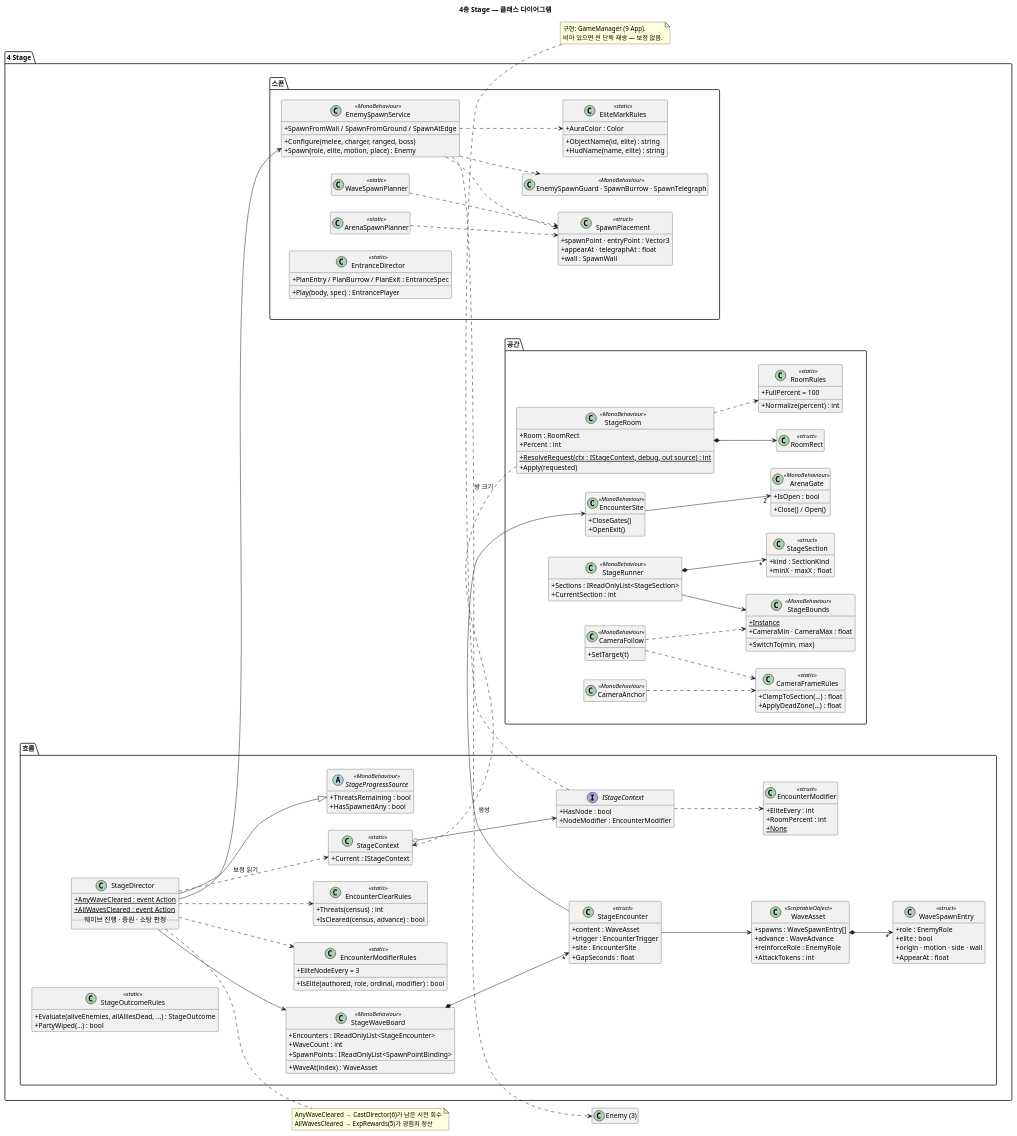
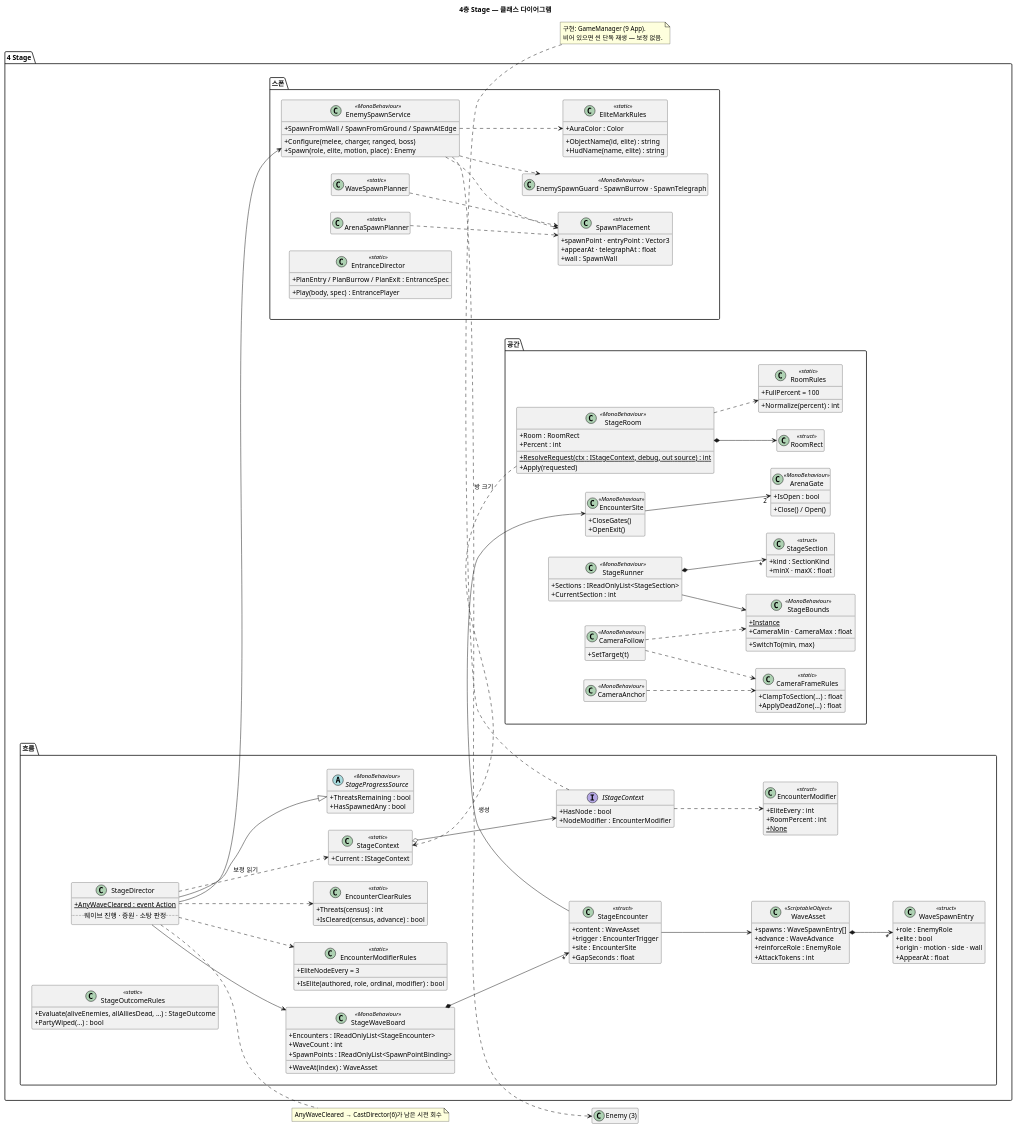
One commit to jukanmi/Prototype changed the diagram in docs/uml/06-Stage.puml. Above: the diagram before and after it, drawn with PlantUML. The commit also changed 114 other files, not shown here.

```diff
--- a/docs/uml/06-Stage.puml
+++ b/docs/uml/06-Stage.puml
@@ -1,182 +1,180 @@
 @startuml 06-Stage
 ' 4층 Stage — 방 · 구간 · 웨이브 · 스폰 · 클리어 판정 · 카메라 경계.
 ' 위층(Run · Tactic · App)은 IStageContext로 조건을 넘겨주고, 이벤트 두 개로 결과를 받는다.
 title 4층 Stage — 클래스 다이어그램
 
 set separator none
 left to right direction
 skinparam shadowing false
 skinparam classAttributeIconSize 0
 hide empty members
 
 package "4 Stage" {
   package "흐름" as PFlow {
     abstract class StageProgressSource <<MonoBehaviour>> {
       + ThreatsRemaining : bool
       + HasSpawnedAny : bool
     }
     class StageDirector {
       + {static} AnyWaveCleared : event Action
-      + {static} AllWavesCleared : event Action
       .. 웨이브 진행 · 증원 · 소탕 판정 ..
     }
     class StageWaveBoard <<MonoBehaviour>> {
       + Encounters : IReadOnlyList<StageEncounter>
       + WaveCount : int
       + WaveAt(index) : WaveAsset
       + SpawnPoints : IReadOnlyList<SpawnPointBinding>
     }
     class StageEncounter <<struct>> {
       + content : WaveAsset
       + trigger : EncounterTrigger
       + site : EncounterSite
       + GapSeconds : float
     }
     class WaveAsset <<ScriptableObject>> {
       + spawns : WaveSpawnEntry[]
       + advance : WaveAdvance
       + reinforceRole : EnemyRole
       + AttackTokens : int
     }
     class WaveSpawnEntry <<struct>> {
       + role : EnemyRole
       + elite : bool
       + origin · motion · side · wall
       + AppearAt : float
     }
     class EncounterModifier <<struct>> {
       + EliteEvery : int
       + RoomPercent : int
       + {static} None
     }
     class EncounterModifierRules <<static>> {
       + EliteNodeEvery = 3
       + IsElite(authored, role, ordinal, modifier) : bool
     }
     class EncounterClearRules <<static>> {
       + Threats(census) : int
       + IsCleared(census, advance) : bool
     }
     class StageOutcomeRules <<static>> {
       + Evaluate(aliveEnemies, allAlliesDead, …) : StageOutcome
       + PartyWiped(…) : bool
     }
     interface IStageContext {
       + HasNode : bool
       + NodeModifier : EncounterModifier
     }
     class StageContext <<static>> {
       + Current : IStageContext
     }
   }
 
   package "스폰" as PSpawn {
     class EnemySpawnService <<MonoBehaviour>> {
       + Configure(melee, charger, ranged, boss)
       + Spawn(role, elite, motion, place) : Enemy
       + SpawnFromWall / SpawnFromGround / SpawnAtEdge
     }
     class WaveSpawnPlanner <<static>>
     class ArenaSpawnPlanner <<static>>
     class SpawnPlacement <<struct>> {
       + spawnPoint · entryPoint : Vector3
       + appearAt · telegraphAt : float
       + wall : SpawnWall
     }
     class "EnemySpawnGuard · SpawnBurrow · SpawnTelegraph" as SpawnFx <<MonoBehaviour>>
     class EntranceDirector <<static>> {
       + PlanEntry / PlanBurrow / PlanExit : EntranceSpec
       + Play(body, spec) : EntrancePlayer
     }
     class EliteMarkRules <<static>> {
       + ObjectName(id, elite) : string
       + HudName(name, elite) : string
       + AuraColor : Color
     }
   }
 
   package "공간" as PSpace {
     class StageRoom <<MonoBehaviour>> {
       + Room : RoomRect
       + Percent : int
       + {static} ResolveRequest(ctx : IStageContext, debug, out source) : int
       + Apply(requested)
     }
     class RoomRect <<struct>>
     class RoomRules <<static>> {
       + FullPercent = 100
       + Normalize(percent) : int
     }
     class StageRunner <<MonoBehaviour>> {
       + Sections : IReadOnlyList<StageSection>
       + CurrentSection : int
     }
     class StageSection <<struct>> {
       + kind : SectionKind
       + minX · maxX : float
     }
     class EncounterSite <<MonoBehaviour>> {
       + CloseGates()
       + OpenExit()
     }
     class ArenaGate <<MonoBehaviour>> {
       + Close() / Open()
       + IsOpen : bool
     }
     class StageBounds <<MonoBehaviour>> {
       + {static} Instance
       + CameraMin · CameraMax : float
       + SwitchTo(min, max)
     }
     class CameraFollow <<MonoBehaviour>> {
       + SetTarget(t)
     }
     class CameraAnchor <<MonoBehaviour>>
     class CameraFrameRules <<static>> {
       + ClampToSection(…) : float
       + ApplyDeadZone(…) : float
     }
   }
 }
 
 StageDirector --|> StageProgressSource
 StageDirector --> StageWaveBoard
 StageDirector --> EnemySpawnService
 StageDirector ..> StageContext : 보정 읽기
 StageDirector ..> EncounterClearRules
 StageDirector ..> EncounterModifierRules
 StageWaveBoard *--> "*" StageEncounter
 StageEncounter --> WaveAsset
 StageEncounter --> EncounterSite
 WaveAsset *--> "*" WaveSpawnEntry
 StageContext o--> IStageContext
 IStageContext ..> EncounterModifier
 EnemySpawnService ..> SpawnPlacement
 EnemySpawnService ..> SpawnFx
 EnemySpawnService ..> EliteMarkRules
 EnemySpawnService ..> "Enemy (3)" : 생성
 WaveSpawnPlanner ..> SpawnPlacement
 ArenaSpawnPlanner ..> SpawnPlacement
 StageRoom ..> StageContext : 방 크기
 StageRoom *--> RoomRect
 StageRoom ..> RoomRules
 StageRunner *--> "*" StageSection
 StageRunner --> StageBounds
 EncounterSite --> "2" ArenaGate
 CameraFollow ..> StageBounds
 CameraFollow ..> CameraFrameRules
 CameraAnchor ..> CameraFrameRules
 
 note right of StageDirector
   AnyWaveCleared → CastDirector(6)가 남은 시전 회수
-  AllWavesCleared → ExpRewards(5)가 경험치 정산
 end note
 note bottom of IStageContext
   구현: GameManager (9 App).
   비어 있으면 씬 단독 재생 — 보정 없음.
 end note
 
 ' 하위 패키지 순서 (넓은 그림이 PNG 폭 4096 한도에 걸리지 않게)
 PFlow -[hidden]down- PSpawn
 PSpawn -[hidden]down- PSpace
 @enduml
```
